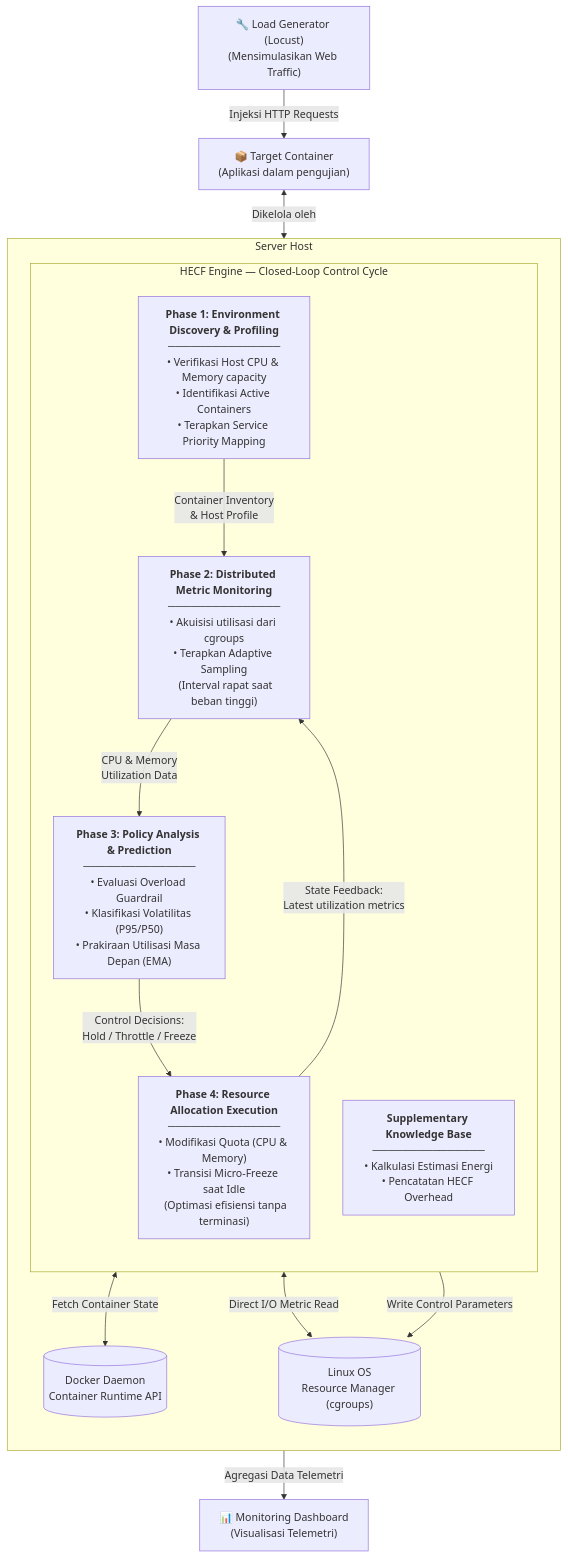
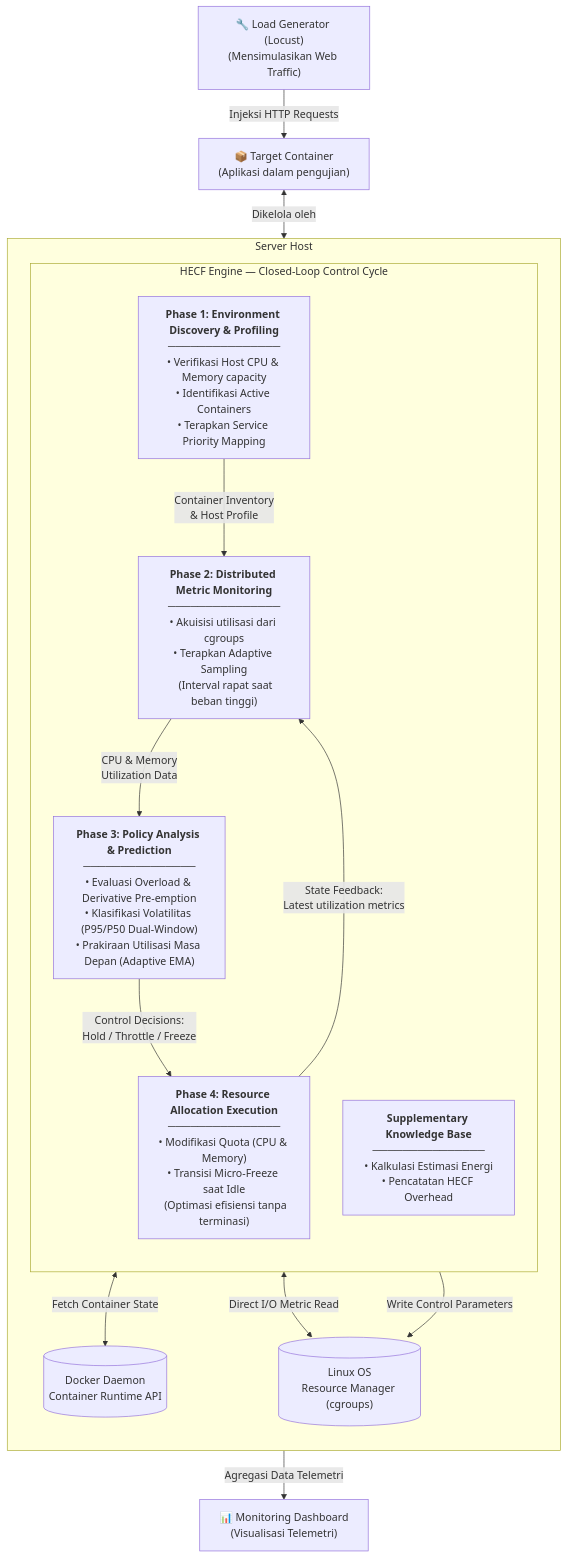
One commit to fauzanreza/green-container-framework changed the second of 2 diagrams in architecture-diagrams/00-concept/big_picture.md. Above: the diagram before and after it, drawn with Mermaid. The commit also changed other lines of this file and 51 other files, not shown here.

````diff
--- a/architecture-diagrams/00-concept/big_picture.md
+++ b/architecture-diagrams/00-concept/big_picture.md
@@ -65,40 +65,40 @@
 ```mermaid
 flowchart TB
     subgraph HOST["Server Host"]
         direction TB
 
         subgraph MAPE["HECF Engine — Closed-Loop Control Cycle"]
             direction TB
 
             L1["<b>Phase 1: Environment Discovery & Profiling</b><br/>───────────────<br/>• Verifikasi Host CPU & Memory capacity<br/>• Identifikasi Active Containers<br/>• Terapkan Service Priority Mapping"]
 
             L2["<b>Phase 2: Distributed Metric Monitoring</b><br/>───────────────<br/>• Akuisisi utilisasi dari cgroups<br/>• Terapkan Adaptive Sampling<br/>  (Interval rapat saat beban tinggi)"]
 
-            L3["<b>Phase 3: Policy Analysis & Prediction</b><br/>───────────────<br/>• Evaluasi Overload Guardrail<br/>• Klasifikasi Volatilitas (P95/P50)<br/>• Prakiraan Utilisasi Masa Depan (EMA)"]
+            L3["<b>Phase 3: Policy Analysis & Prediction</b><br/>───────────────<br/>• Evaluasi Overload & Derivative Pre-emption<br/>• Klasifikasi Volatilitas (P95/P50 Dual-Window)<br/>• Prakiraan Utilisasi Masa Depan (Adaptive EMA)"]
 
             L4["<b>Phase 4: Resource Allocation Execution</b><br/>───────────────<br/>• Modifikasi Quota (CPU & Memory)<br/>• Transisi Micro-Freeze saat Idle<br/>  (Optimasi efisiensi tanpa terminasi)"]
 
             SUP["<b>Supplementary Knowledge Base</b><br/>───────────────<br/>• Kalkulasi Estimasi Energi<br/>• Pencatatan HECF Overhead"]
 
             L1 -->|"Container Inventory<br/>& Host Profile"| L2
             L2 -->|"CPU & Memory<br/>Utilization Data"| L3
             L3 -->|"Control Decisions:<br/>Hold / Throttle / Freeze"| L4
             L4 -->|"State Feedback:<br/>Latest utilization metrics"| L2
         end
 
         KERNEL[("Linux OS<br/>Resource Manager (cgroups)")]
         DOCKER[("Docker Daemon<br/>Container Runtime API")]
 
         L1 <-->|"Fetch Container State"| DOCKER
         L2 <-->|"Direct I/O Metric Read"| KERNEL
         L4 -->|"Write Control Parameters"| KERNEL
     end
 
     LOCUST["🔧 Load Generator (Locust)<br/>(Mensimulasikan Web Traffic)"]
     TARGET["📦 Target Container<br/>(Aplikasi dalam pengujian)"]
     DASH["📊 Monitoring Dashboard<br/>(Visualisasi Telemetri)"]
 
     LOCUST -->|"Injeksi HTTP Requests"| TARGET
     TARGET <-->|"Dikelola oleh"| DOCKER
     SUP -->|"Agregasi Data Telemetri"| DASH
 ```
````
